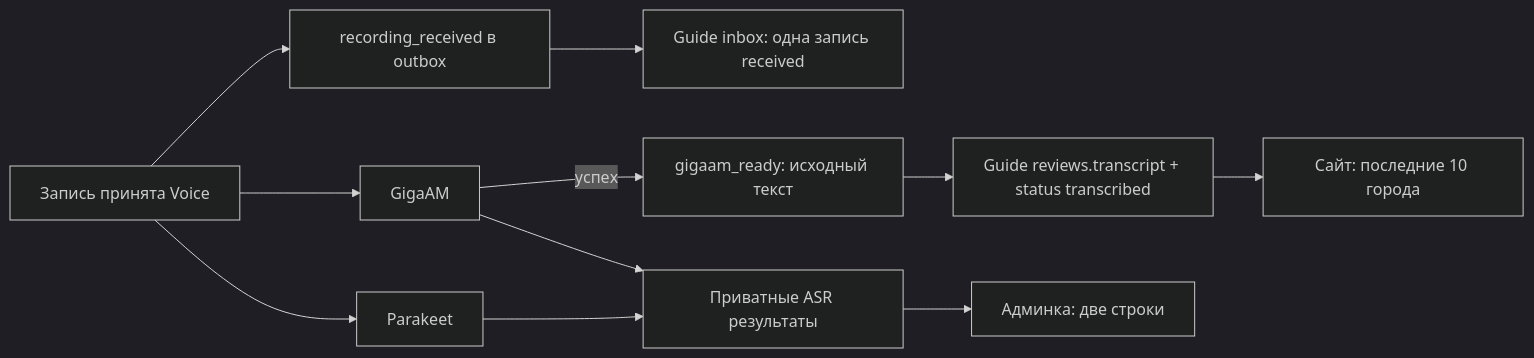
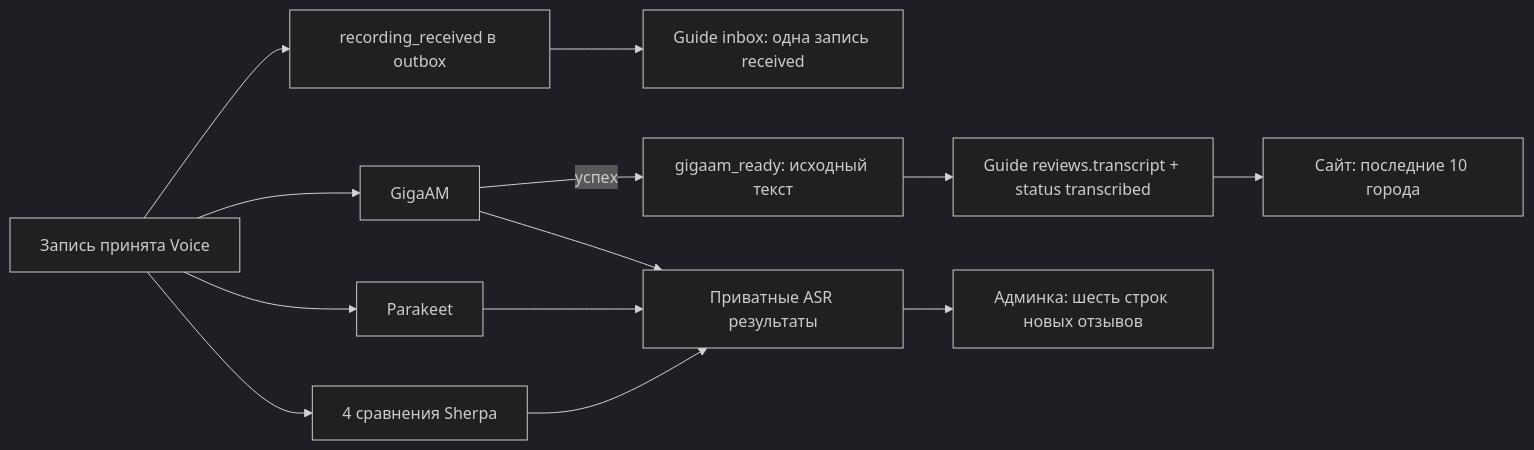
One commit to involtax/involta-guide changed the diagram in docs/ADMIN_REVIEWS.md. Above: the diagram before and after it, drawn with Mermaid (dark theme). The commit also changed other lines of this file and 46 other files, not shown here.

````diff
--- a/docs/ADMIN_REVIEWS.md
+++ b/docs/ADMIN_REVIEWS.md
@@ -36,13 +38,15 @@
 ```mermaid
 flowchart LR
     A[Запись принята Voice] --> R[recording_received в outbox]
     R --> I[Guide inbox: одна запись received]
     A --> G[GigaAM]
     A --> P[Parakeet]
+    A --> S[4 сравнения Sherpa]
     G -->|успех| E[gigaam_ready: исходный текст]
     E --> T[Guide reviews.transcript + status transcribed]
     T --> W[Сайт: последние 10 города]
     G --> C[Приватные ASR результаты]
     P --> C
-    C --> UI[Админка: две строки]
+    S --> C
+    C --> UI[Админка: шесть строк новых отзывов]
 ```
````
